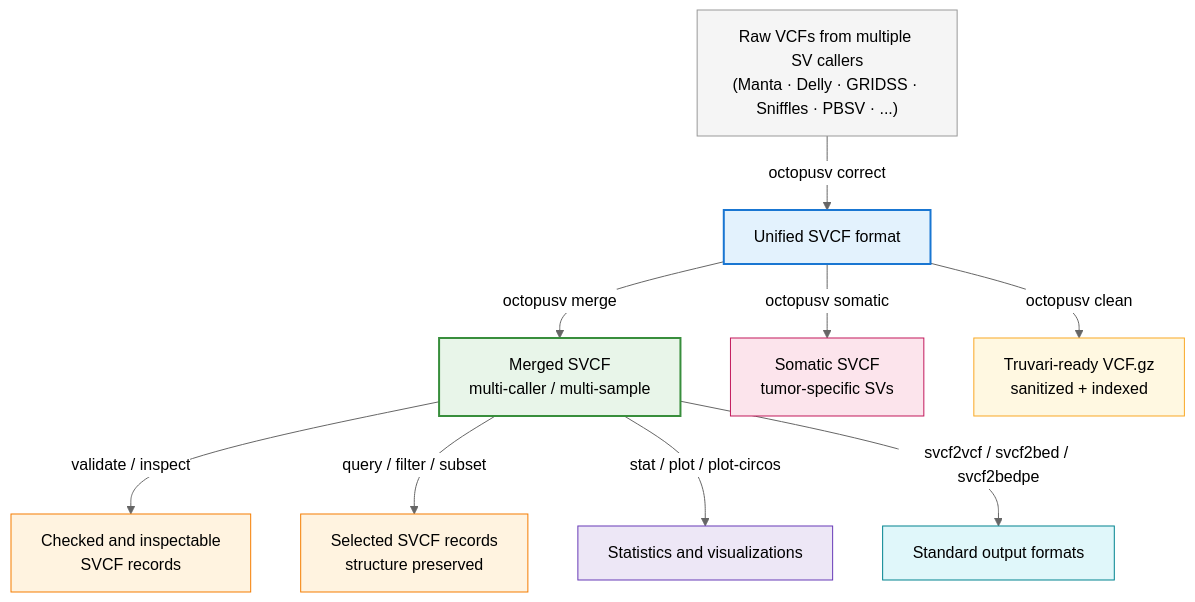
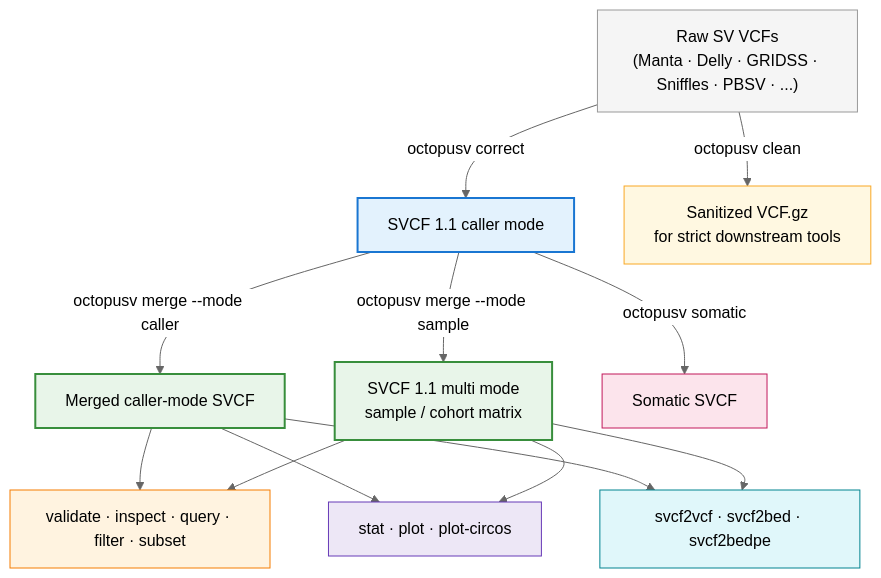
The diagram in README.md (ylab-hi/OctopuSV), drawn with Mermaid (neutral theme) before and after one commit. The commit also changed other lines of this file, not shown here.

````diff
--- a/README.md
+++ b/README.md
@@ -81,21 +142,29 @@
 ```mermaid
 flowchart TD
-    A["Raw VCFs from multiple SV callers<br/>(Manta · Delly · GRIDSS · Sniffles · PBSV · ...)"] -->|octopusv correct| B["Unified SVCF format"]
-    B -->|octopusv merge| C["Merged SVCF<br/>multi-caller / multi-sample"]
-    C -->|validate / inspect| D["Checked and inspectable<br/>SVCF records"]
-    C -->|query / filter / subset| E["Selected SVCF records<br/>structure preserved"]
-    C -->|stat / plot / plot-circos| F["Statistics and visualizations"]
-    C -->|svcf2vcf / svcf2bed / svcf2bedpe| G["Standard output formats"]
-    B -->|octopusv somatic| H["Somatic SVCF<br/>tumor-specific SVs"]
-    B -->|octopusv clean| I["Truvari-ready VCF.gz<br/>sanitized + indexed"]
+    A["Raw SV VCFs<br/>(Manta · Delly · GRIDSS · Sniffles · PBSV · ...)"] -->|octopusv correct| B["SVCF 1.1 caller mode"]
+    B -->|octopusv merge --mode caller| C["Merged caller-mode SVCF"]
+    B -->|octopusv merge --mode sample| D["SVCF 1.1 multi mode<br/>sample / cohort matrix"]
+
+    C --> E["validate · inspect · query · filter · subset"]
+    D --> E
+
+    C --> F["stat · plot · plot-circos"]
+    D --> F
+
+    C --> G["svcf2vcf · svcf2bed · svcf2bedpe"]
+    D --> G
+
+    B -->|octopusv somatic| H["Somatic SVCF"]
+
+    A -->|octopusv clean| I["Sanitized VCF.gz<br/>for strict downstream tools"]
 
     style A fill:#f5f5f5,stroke:#999
     style B fill:#e3f2fd,stroke:#1976d2,stroke-width:2px
     style C fill:#e8f5e9,stroke:#388e3c,stroke-width:2px
-    style D fill:#fff3e0,stroke:#f57c00
+    style D fill:#e8f5e9,stroke:#388e3c,stroke-width:2px
     style E fill:#fff3e0,stroke:#f57c00
     style F fill:#ede7f6,stroke:#673ab7
     style G fill:#e0f7fa,stroke:#00838f
     style H fill:#fce4ec,stroke:#c2185b
     style I fill:#fff8e1,stroke:#f9a825
 ```
````
